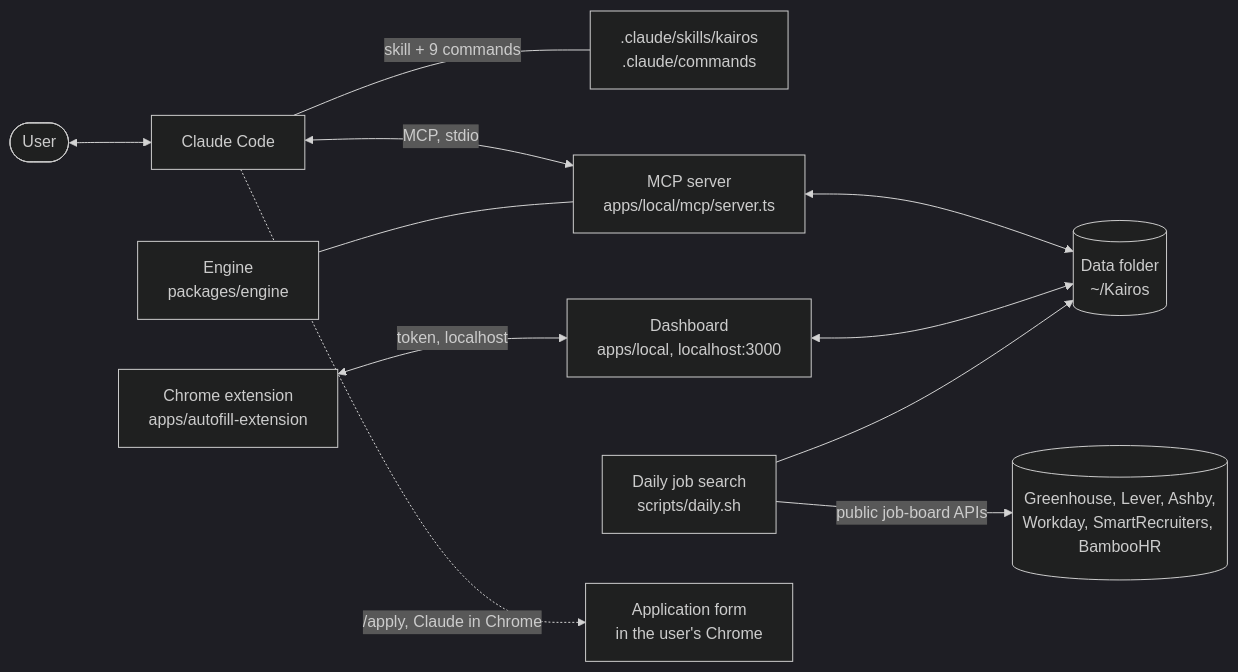
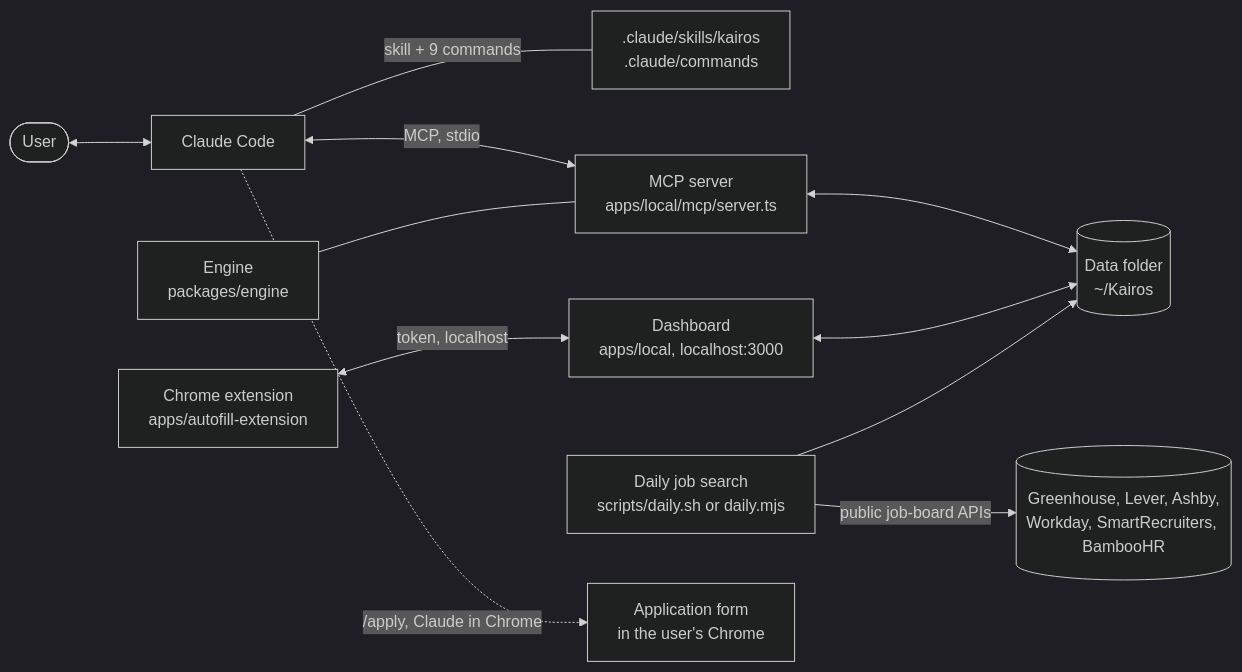
The diagram in docs/architecture.md (Bnicla/kairos-kit), drawn with Mermaid (dark theme) before and after one commit. The commit also changed other lines of this file and 38 other files, not shown here.

````diff
--- a/docs/architecture.md
+++ b/docs/architecture.md
@@ -10,13 +10,13 @@
 ```mermaid
 flowchart LR
   user([User]) <--> cc[Claude Code]
   cc -- "skill + 9 commands" --- skill[.claude/skills/kairos<br/>.claude/commands]
   cc <-- "MCP, stdio" --> mcp[MCP server<br/>apps/local/mcp/server.ts]
   mcp <--> data[(Data folder<br/>~/Kairos)]
   engine[Engine<br/>packages/engine] --- mcp
   dash[Dashboard<br/>apps/local, localhost:3000] <--> data
-  daily[Daily job search<br/>scripts/daily.sh] --> data
+  daily[Daily job search<br/>scripts/daily.sh or daily.mjs] --> data
   daily -- "public job-board APIs" --> boards[(Greenhouse, Lever, Ashby,<br/>Workday, SmartRecruiters, BambooHR)]
   ext[Chrome extension<br/>apps/autofill-extension] <-- "token, localhost" --> dash
   cc -. "/apply, Claude in Chrome" .-> forms[Application form<br/>in the user's Chrome]
 ```
````
